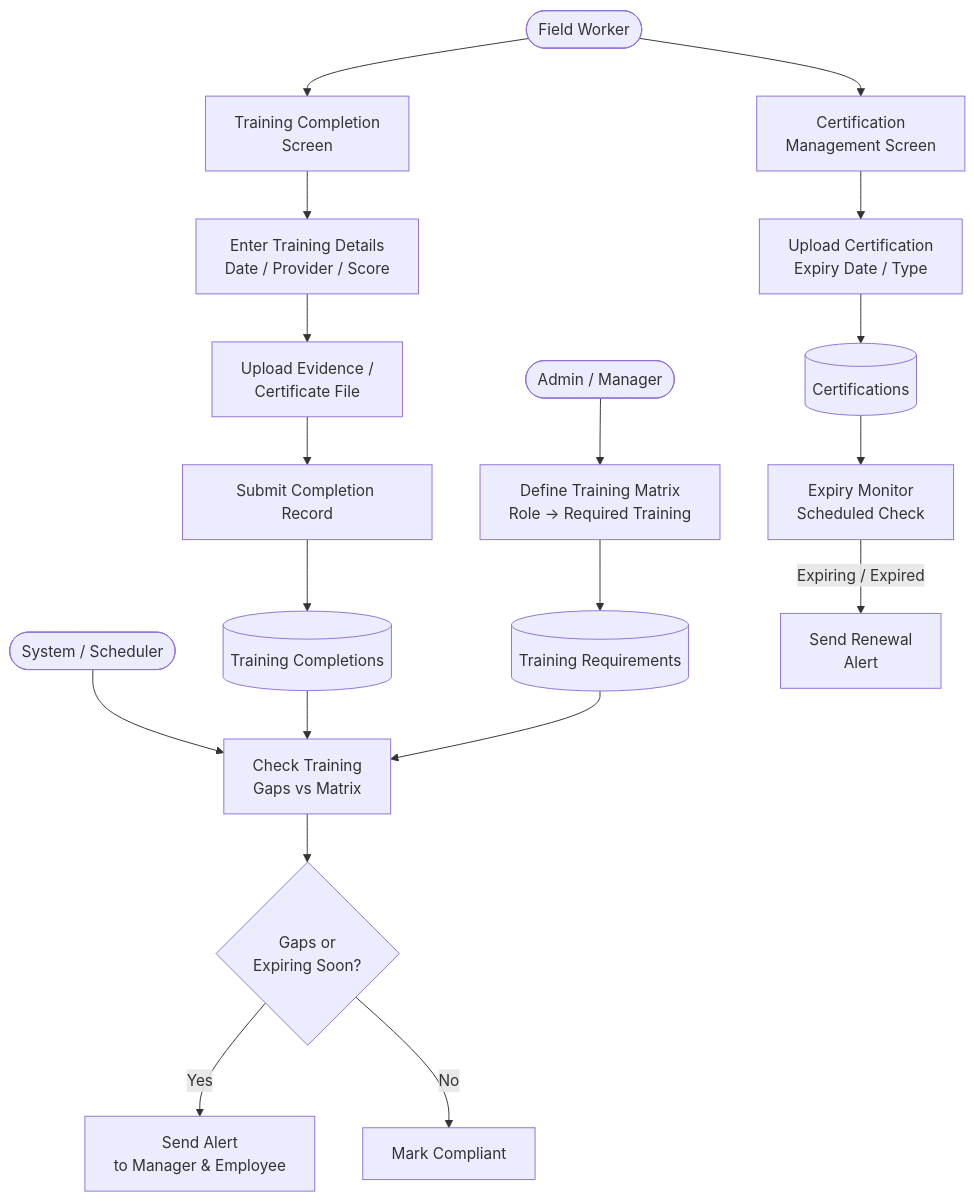
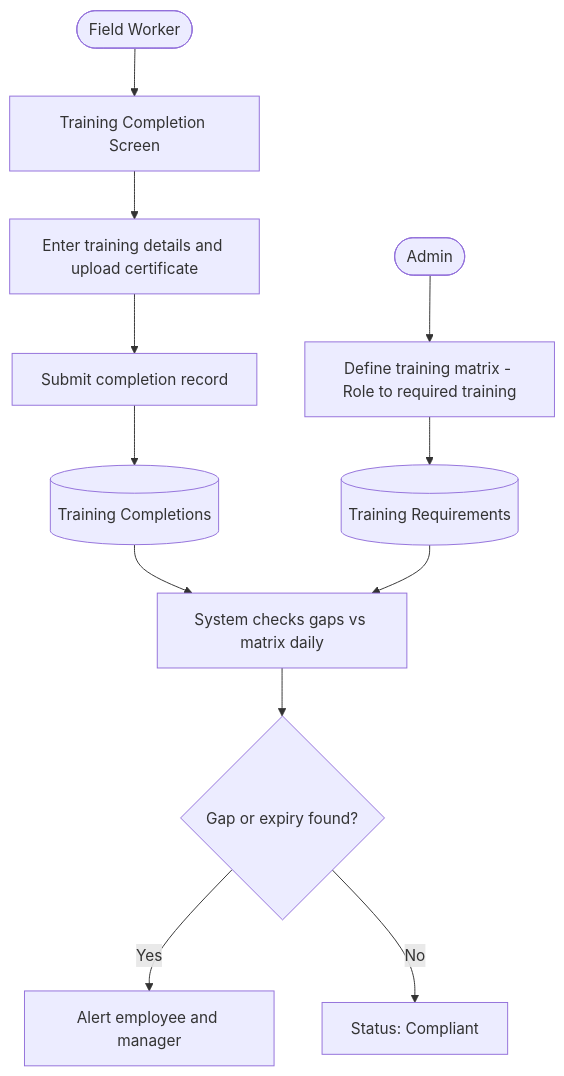
One commit to Nandan222001/health_smart_engage changed the sixth of 10 diagrams in docs/diagrams/user_flow_diagram.md. Above: the diagram before and after it, drawn with Mermaid. The commit also changed other lines of this file and 15 other files, not shown here.

First line of the commit message:
fix: repair Mermaid rendering errors across all diagram files

````diff
--- a/docs/diagrams/user_flow_diagram.md
+++ b/docs/diagrams/user_flow_diagram.md
@@ -181,27 +154,16 @@
 ```mermaid
 flowchart TD
-    ADM([Admin / Manager]) --> MATRIX[Define Training Matrix\nRole → Required Training]
-    MATRIX --> DS_MATRIX[(Training Requirements)]
+    ADM([Admin]) --> MATRIX[Define training matrix - Role to required training]
+    MATRIX --> DS_M[(Training Requirements)]
 
-    FW([Field Worker]) --> TRAIN_SCREEN[Training Completion\nScreen]
-    TRAIN_SCREEN --> FILL[Enter Training Details\nDate / Provider / Score]
-    FILL --> UPLOAD_CERT[Upload Evidence /\nCertificate File]
-    UPLOAD_CERT --> SUBMIT_TRAIN[Submit Completion Record]
+    FW([Field Worker]) --> TRAIN_SCR[Training Completion Screen]
+    TRAIN_SCR --> FILL_T[Enter training details and upload certificate]
+    FILL_T --> SUBMIT_T[Submit completion record]
+    SUBMIT_T --> DS_T[(Training Completions)]
 
-    SUBMIT_TRAIN --> DS_TRAIN[(Training Completions)]
-
-    SYSTEM([System / Scheduler]) --> GAP_CHECK[Check Training\nGaps vs Matrix]
-    DS_TRAIN --> GAP_CHECK
-    DS_MATRIX --> GAP_CHECK
-    GAP_CHECK --> GAP_ALERT{Gaps or\nExpiring Soon?}
-
-    GAP_ALERT -->|Yes| NOTIFY[Send Alert\nto Manager & Employee]
-    GAP_ALERT -->|No| COMPLIANT[Mark Compliant]
-
-    FW --> CERT_SCREEN[Certification\nManagement Screen]
-    CERT_SCREEN --> UPLOAD_CERT2[Upload Certification\nExpiry Date / Type]
-    UPLOAD_CERT2 --> DS_CERTS[(Certifications)]
-
-    DS_CERTS --> EXPIRY_CHECK[Expiry Monitor\nScheduled Check]
-    EXPIRY_CHECK -->|Expiring / Expired| RENEW_ALERT[Send Renewal\nAlert]
+    DS_T --> GAP[System checks gaps vs matrix daily]
+    DS_M --> GAP
+    GAP --> ALERT{Gap or expiry found?}
+    ALERT -->|Yes| NOTIFY[Alert employee and manager]
+    ALERT -->|No| COMPLIANT[Status: Compliant]
 ```
````
